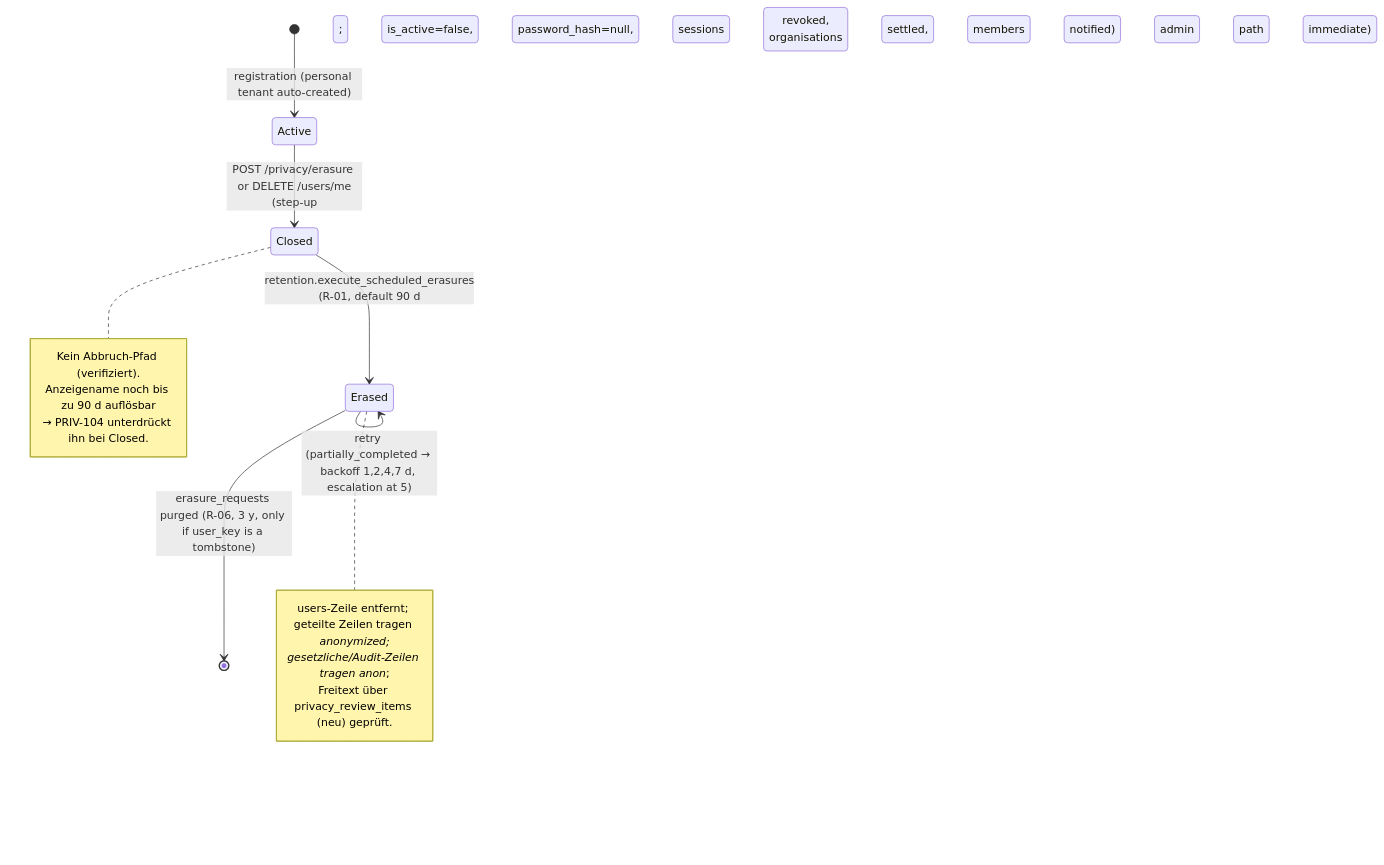
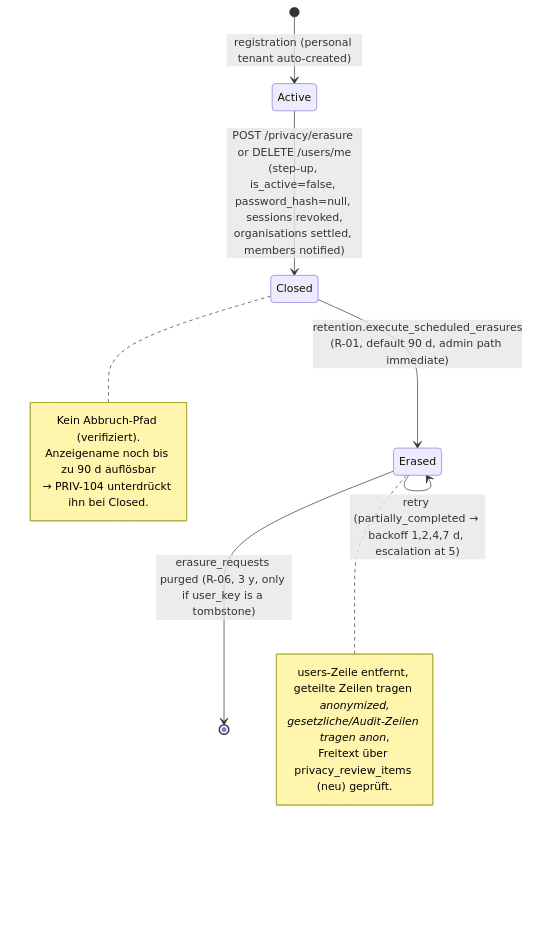
One commit to nolte/kamerplanter changed the second of 6 diagrams in spec/privacy/01-privacy-architecture.md. Above: the diagram before and after it, drawn with Mermaid. The commit also changed other lines of this file and 1 other file, not shown here.

Commit message:
docs(privacy): fix mermaid diagrams that GitHub could not render
A semicolon inside a Mermaid note ends the statement and broke the former-member
sequence diagram; remove semicolons from all diagram text and quote the node
labels of the roadmap graph (a "#2770" label can start an entity). All seven
diagrams now render with mermaid-cli 11.

Claude-Session: https://claude.ai/code/session_013GH96gKTGort5uetwKyeEH

````diff
--- a/spec/privacy/01-privacy-architecture.md
+++ b/spec/privacy/01-privacy-architecture.md
@@ -286,19 +286,19 @@
 ```mermaid
 stateDiagram-v2
     [*] --> Active: registration (personal tenant auto-created)
-    Active --> Closed: POST /privacy/erasure or DELETE /users/me<br/>(step-up; is_active=false, password_hash=null, sessions revoked,<br/>organisations settled, members notified)
-    Closed --> Erased: retention.execute_scheduled_erasures<br/>(R-01, default 90 d; admin path immediate)
+    Active --> Closed: POST /privacy/erasure or DELETE /users/me<br/>(step-up, is_active=false, password_hash=null, sessions revoked,<br/>organisations settled, members notified)
+    Closed --> Erased: retention.execute_scheduled_erasures<br/>(R-01, default 90 d, admin path immediate)
     Erased --> Erased: retry (partially_completed → backoff 1,2,4,7 d, escalation at 5)
     Erased --> [*]: erasure_requests purged (R-06, 3 y, only if user_key is a tombstone)
 
     note right of Closed
       Kein Abbruch-Pfad (verifiziert).
       Anzeigename noch bis zu 90 d auflösbar
       → PRIV-104 unterdrückt ihn bei Closed.
     end note
     note right of Erased
-      users-Zeile entfernt; geteilte Zeilen tragen _anonymized;
-      gesetzliche/Audit-Zeilen tragen anon_<hash>;
+      users-Zeile entfernt, geteilte Zeilen tragen _anonymized,
+      gesetzliche/Audit-Zeilen tragen anon_<hash>,
       Freitext über privacy_review_items (neu) geprüft.
     end note
 ```
````
